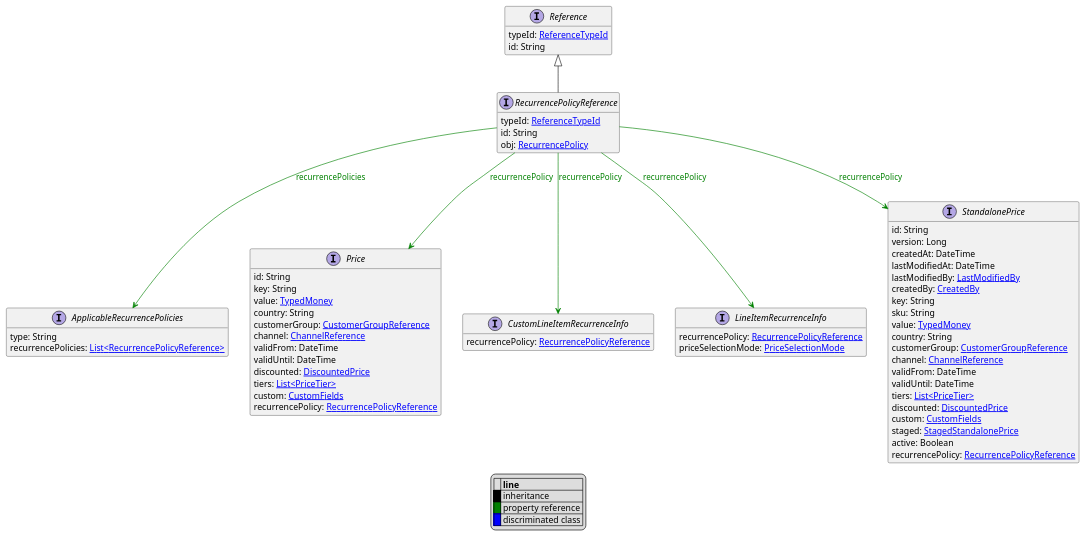
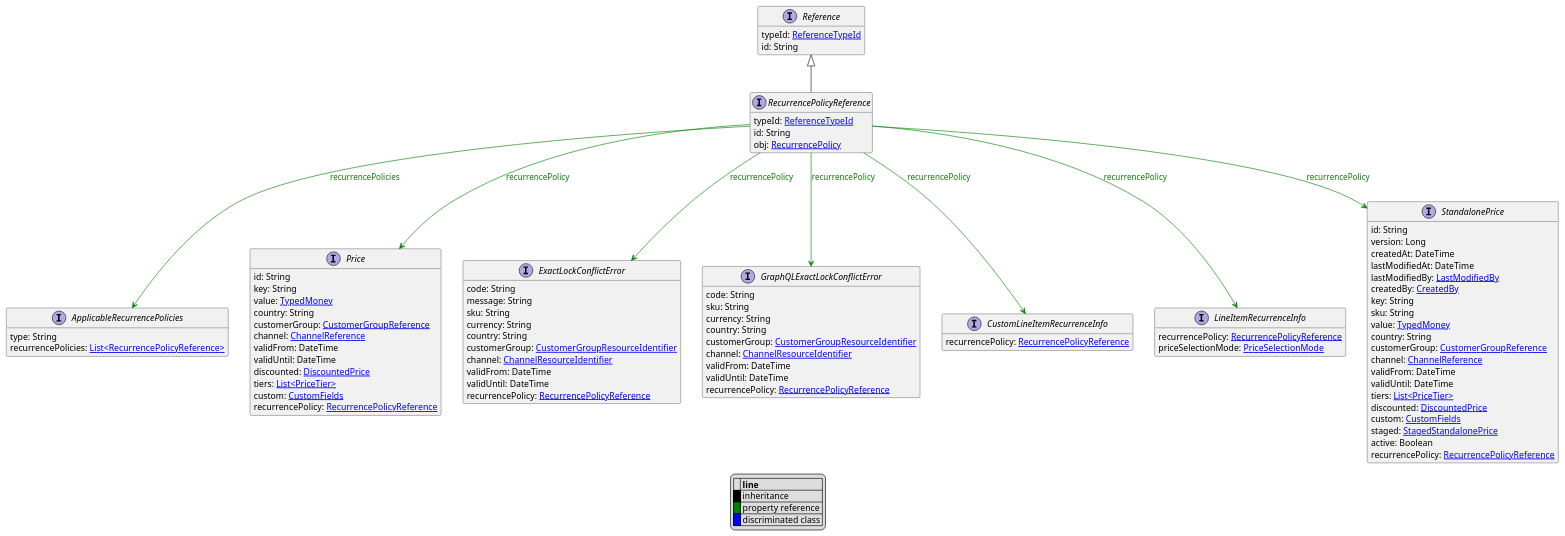
Before and after one commit to commercetools/commercetools-api-reference: the diagram in uml/api/RecurrencePolicyReference.puml, drawn with PlantUML. The commit also changed 20 other files, not shown here.

```diff
--- a/uml/api/RecurrencePolicyReference.puml
+++ b/uml/api/RecurrencePolicyReference.puml
@@ -1,75 +1,100 @@
 @startuml
 
 hide empty fields
 hide empty methods
 legend
 |= |= line |
 |<back:black>   </back>| inheritance |
 |<back:green>   </back>| property reference |
 |<back:blue>   </back>| discriminated class |
 endlegend
 interface RecurrencePolicyReference [[RecurrencePolicyReference.svg]] extends Reference {
     typeId: [[ReferenceTypeId.svg ReferenceTypeId]]
     id: String
     obj: [[RecurrencePolicy.svg RecurrencePolicy]]
 }
 interface Reference [[Reference.svg]]  {
     typeId: [[ReferenceTypeId.svg ReferenceTypeId]]
     id: String
 }
 
 
 interface ApplicableRecurrencePolicies [[ApplicableRecurrencePolicies.svg]]  {
     type: String
     recurrencePolicies: [[RecurrencePolicyReference.svg List<RecurrencePolicyReference>]]
 }
 interface Price [[Price.svg]]  {
     id: String
     key: String
     value: [[TypedMoney.svg TypedMoney]]
     country: String
     customerGroup: [[CustomerGroupReference.svg CustomerGroupReference]]
     channel: [[ChannelReference.svg ChannelReference]]
     validFrom: DateTime
     validUntil: DateTime
     discounted: [[DiscountedPrice.svg DiscountedPrice]]
     tiers: [[PriceTier.svg List<PriceTier>]]
     custom: [[CustomFields.svg CustomFields]]
     recurrencePolicy: [[RecurrencePolicyReference.svg RecurrencePolicyReference]]
 }
+interface ExactLockConflictError [[ExactLockConflictError.svg]]  {
+    code: String
+    message: String
+    sku: String
+    currency: String
+    country: String
+    customerGroup: [[CustomerGroupResourceIdentifier.svg CustomerGroupResourceIdentifier]]
+    channel: [[ChannelResourceIdentifier.svg ChannelResourceIdentifier]]
+    validFrom: DateTime
+    validUntil: DateTime
+    recurrencePolicy: [[RecurrencePolicyReference.svg RecurrencePolicyReference]]
+}
+interface GraphQLExactLockConflictError [[GraphQLExactLockConflictError.svg]]  {
+    code: String
+    sku: String
+    currency: String
+    country: String
+    customerGroup: [[CustomerGroupResourceIdentifier.svg CustomerGroupResourceIdentifier]]
+    channel: [[ChannelResourceIdentifier.svg ChannelResourceIdentifier]]
+    validFrom: DateTime
+    validUntil: DateTime
+    recurrencePolicy: [[RecurrencePolicyReference.svg RecurrencePolicyReference]]
+}
 interface CustomLineItemRecurrenceInfo [[CustomLineItemRecurrenceInfo.svg]]  {
     recurrencePolicy: [[RecurrencePolicyReference.svg RecurrencePolicyReference]]
 }
 interface LineItemRecurrenceInfo [[LineItemRecurrenceInfo.svg]]  {
     recurrencePolicy: [[RecurrencePolicyReference.svg RecurrencePolicyReference]]
     priceSelectionMode: [[PriceSelectionMode.svg PriceSelectionMode]]
 }
 interface StandalonePrice [[StandalonePrice.svg]]  {
     id: String
     version: Long
     createdAt: DateTime
     lastModifiedAt: DateTime
     lastModifiedBy: [[LastModifiedBy.svg LastModifiedBy]]
     createdBy: [[CreatedBy.svg CreatedBy]]
     key: String
     sku: String
     value: [[TypedMoney.svg TypedMoney]]
     country: String
     customerGroup: [[CustomerGroupReference.svg CustomerGroupReference]]
     channel: [[ChannelReference.svg ChannelReference]]
     validFrom: DateTime
     validUntil: DateTime
     tiers: [[PriceTier.svg List<PriceTier>]]
     discounted: [[DiscountedPrice.svg DiscountedPrice]]
     custom: [[CustomFields.svg CustomFields]]
     staged: [[StagedStandalonePrice.svg StagedStandalonePrice]]
     active: Boolean
     recurrencePolicy: [[RecurrencePolicyReference.svg RecurrencePolicyReference]]
 }
 
 RecurrencePolicyReference --> ApplicableRecurrencePolicies #green;text:green : "recurrencePolicies"
 RecurrencePolicyReference --> Price #green;text:green : "recurrencePolicy"
+RecurrencePolicyReference --> ExactLockConflictError #green;text:green : "recurrencePolicy"
+RecurrencePolicyReference --> GraphQLExactLockConflictError #green;text:green : "recurrencePolicy"
 RecurrencePolicyReference --> CustomLineItemRecurrenceInfo #green;text:green : "recurrencePolicy"
 RecurrencePolicyReference --> LineItemRecurrenceInfo #green;text:green : "recurrencePolicy"
 RecurrencePolicyReference --> StandalonePrice #green;text:green : "recurrencePolicy"
 @enduml
```
